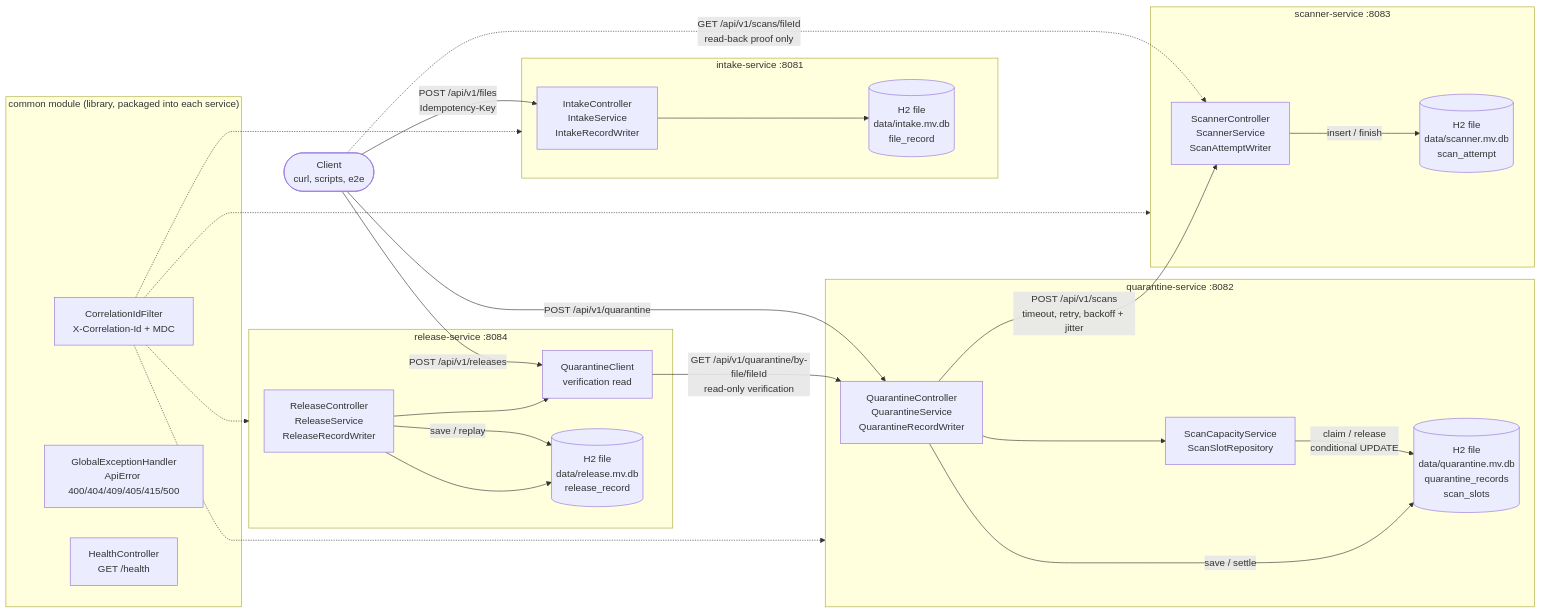
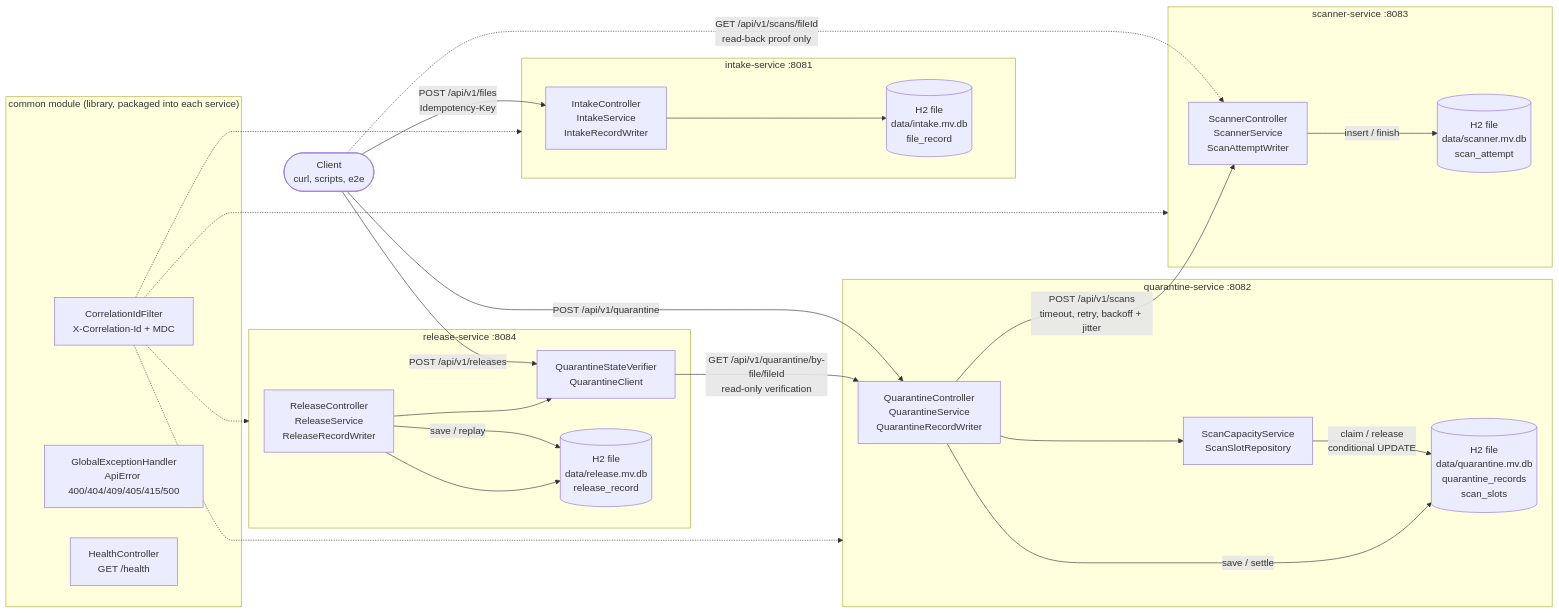
Before and after one commit to 2025tm93006/scalable-services-assignment: the first of 9 diagrams in docs/architecture.md, drawn with Mermaid. The commit also changed other lines of this file and 17 other files, not shown here.

First line of the commit message:
refactor: isolate quarantine release verification

````diff
--- a/docs/architecture.md
+++ b/docs/architecture.md
@@ -15,53 +15,53 @@
 ```mermaid
 flowchart LR
     Client([Client<br/>curl, scripts, e2e])
 
     subgraph common["common module (library, packaged into each service)"]
         Filter[CorrelationIdFilter<br/>X-Correlation-Id + MDC]
         Handler[GlobalExceptionHandler<br/>ApiError 400/404/409/405/415/500]
         Health[HealthController<br/>GET /health]
     end
 
     subgraph i["intake-service :8081"]
         Intake[IntakeController<br/>IntakeService<br/>IntakeRecordWriter]
         IDB[("H2 file<br/>data/intake.mv.db<br/>file_record")]
     end
 
     subgraph q["quarantine-service :8082"]
         Quarantine[QuarantineController<br/>QuarantineService<br/>QuarantineRecordWriter]
         Capacity[ScanCapacityService<br/>ScanSlotRepository]
         QDB[("H2 file<br/>data/quarantine.mv.db<br/>quarantine_records<br/>scan_slots")]
     end
 
     subgraph s["scanner-service :8083"]
         Scanner[ScannerController<br/>ScannerService<br/>ScanAttemptWriter]
         SDB[("H2 file<br/>data/scanner.mv.db<br/>scan_attempt")]
     end
 
     subgraph r["release-service :8084"]
         Release[ReleaseController<br/>ReleaseService<br/>ReleaseRecordWriter]
-        Verifier[QuarantineClient<br/>verification read]
+        Verifier[QuarantineStateVerifier<br/>QuarantineClient]
         RDB[("H2 file<br/>data/release.mv.db<br/>release_record")]
     end
 
     Client -->|POST /api/v1/files<br/>Idempotency-Key| Intake
     Client -->|POST /api/v1/quarantine| Quarantine
     Client -->|POST /api/v1/releases| Verifier
     Client -.->|GET /api/v1/scans/fileId<br/>read-back proof only| Scanner
 
     Verifier -->|GET /api/v1/quarantine/by-file/fileId<br/>read-only verification| Quarantine
     Release --> Verifier
     Release -->|save / replay| RDB
     Quarantine --> Capacity
     Capacity -->|claim / release<br/>conditional UPDATE| QDB
     Quarantine -->|save / settle| QDB
     Quarantine -->|POST /api/v1/scans<br/>timeout, retry, backoff + jitter| Scanner
     Scanner -->|insert / finish| SDB
     Intake --> IDB
     Release --> RDB
 
     Filter -.-> i
     Filter -.-> q
     Filter -.-> s
     Filter -.-> r
 ```
````
